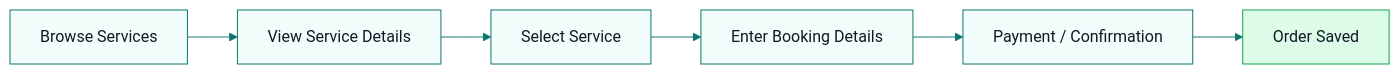
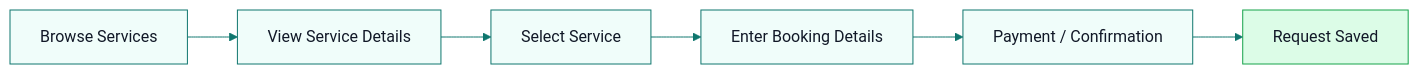
One commit to CapstoneDesign-Spring2026-UlsanCollege/Free_Sewaa changed the third of 4 diagrams in docs/Project_UML diagram/testingplan.md. Above: the diagram before and after it, drawn with Mermaid. The commit also changed other lines of this file and 67 other files, not shown here.

````diff
--- a/docs/Project_UML diagram/testingplan.md
+++ b/docs/Project_UML diagram/testingplan.md
@@ -149,19 +149,19 @@
 ```mermaid
 %%{init: {"theme": "base", "themeVariables": {
   "primaryColor": "#ECFDF5",
   "primaryBorderColor": "#10B981",
   "lineColor": "#0F766E"
 }}}%%
 flowchart LR
     A[Browse Services] --> B[View Service Details]
     B --> C[Select Service]
     C --> D[Enter Booking Details]
     D --> E[Payment / Confirmation]
-    E --> F[Order Saved]
+    E --> F[Request Saved]
 
     classDef step fill:#F0FDFA,stroke:#0F766E,color:#111827;
     classDef success fill:#DCFCE7,stroke:#16A34A,color:#111827;
 
     class A,B,C,D,E step;
     class F success;
 ```
````
